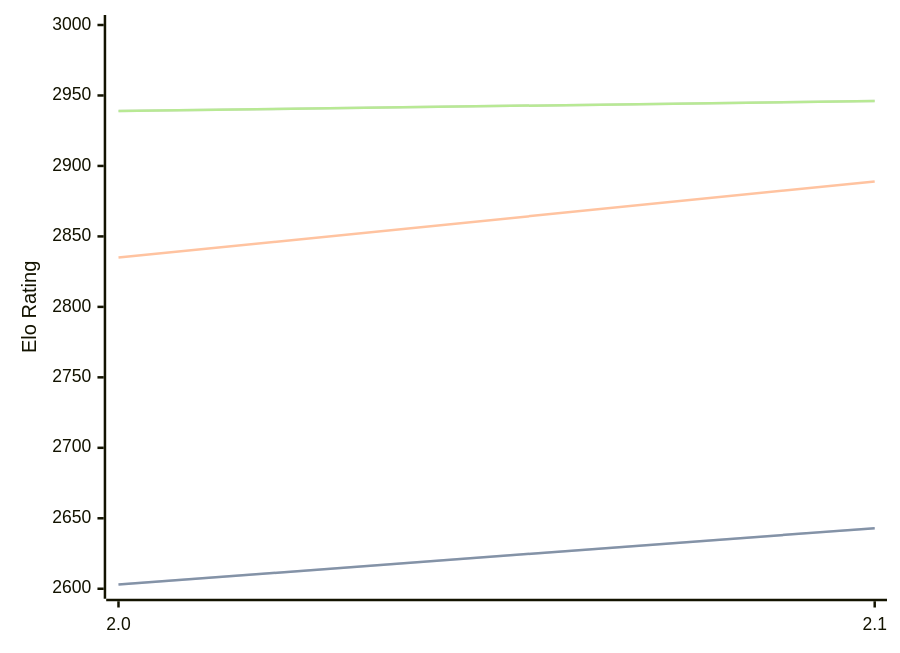
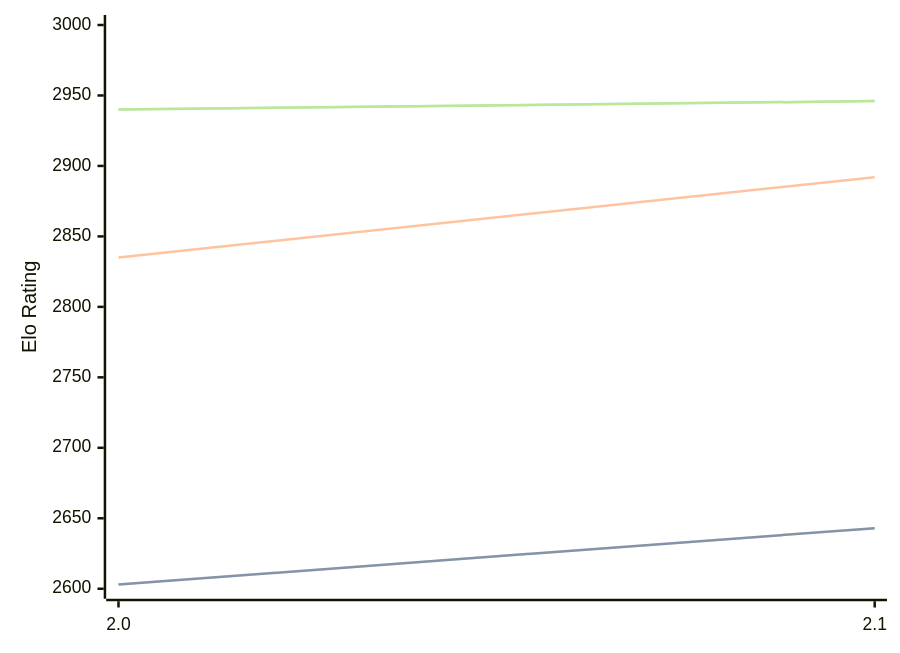
The diagram in engines/Noggin.md (computer-chess-index/cci), drawn with Mermaid before and after one commit. The commit also changed other lines of this file, not shown here.

Commit message:
Update CCI Ratings (ELO VLTC) - 2026-10-02

````diff
--- a/engines/Noggin.md
+++ b/engines/Noggin.md
@@ -33,11 +33,11 @@
 ```mermaid
 %%{init: {"theme":"base","themeVariables":{"seriesColors:['#a3a3a3','#222221','#faa371']}}}%%
 xychart-beta
   x-axis ["2.0", "2.1"]
   y-axis "Elo Rating" 2600 --> 3000
   line "" [2603, 2643]
   line "STC (8.0+0.08s)" [2603, 2643]
-  line "LTC (60.0+0.60s)" [2835, 2889]
-  line "" [2939, 2946]
-  line "VLTC (2m24s+1.12s)" [2939, 2946]
+  line "LTC (60.0+0.60s)" [2835, 2892]
+  line "" [2940, 2946]
+  line "VLTC (2m24s+1.12s)" [2940, 2946]
 ```
````
